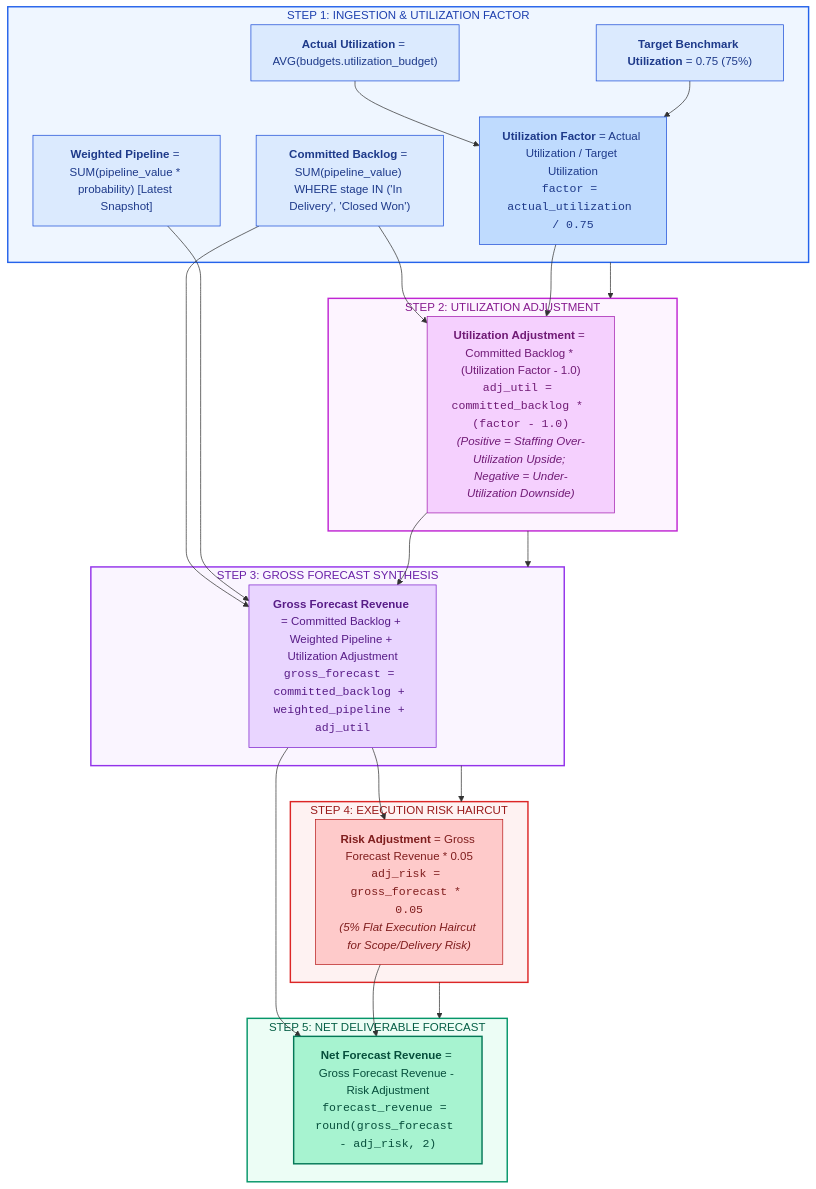
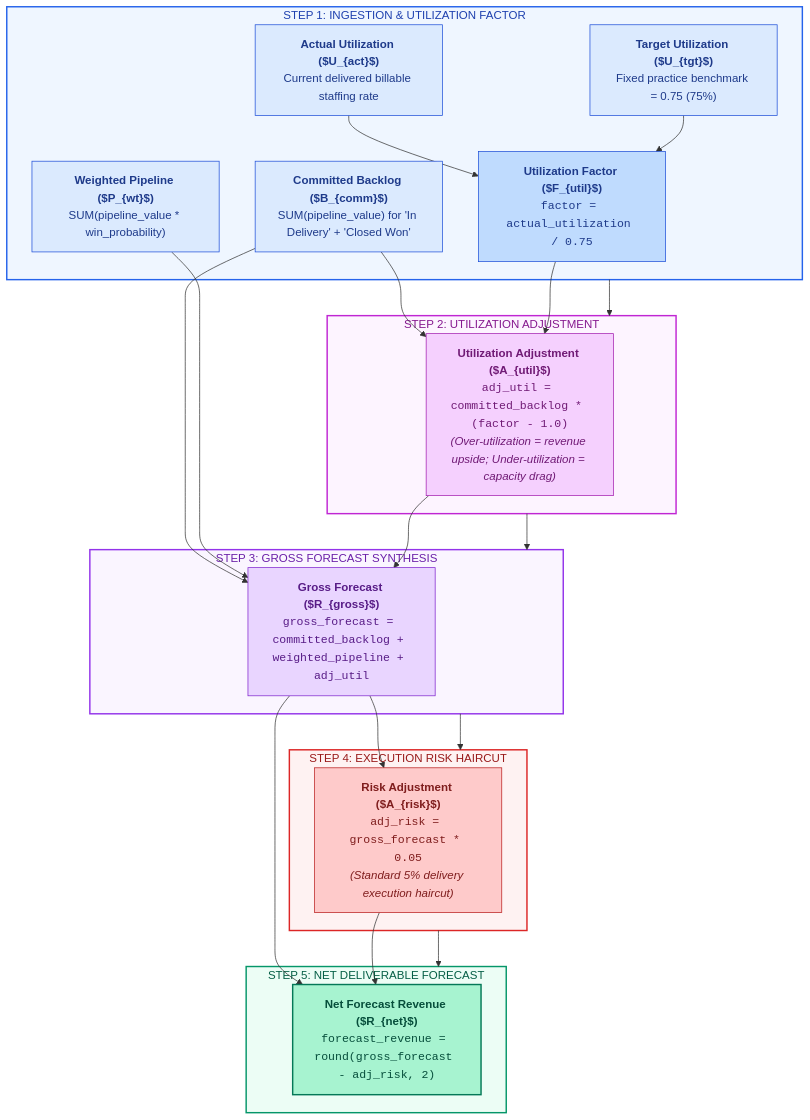
The third of 9 diagrams in README.md (VED-VIVEK-TALMALEY/x-fin), drawn with Mermaid before and after one commit. The commit also changed other lines of this file and 8 other files, not shown here.

````diff
--- a/README.md
+++ b/README.md
@@ -186,51 +188,51 @@
 ```mermaid
 flowchart TD
-    subgraph S1["STEP 1: INGESTION & UTILIZATION FACTOR"]
-        IN_B["<b>Committed Backlog</b> = SUM(pipeline_value) WHERE stage IN ('In Delivery', 'Closed Won')"]
-        IN_P["<b>Weighted Pipeline</b> = SUM(pipeline_value * probability) [Latest Snapshot]"]
-        IN_U["<b>Actual Utilization</b> = AVG(budgets.utilization_budget)"]
-        IN_TU["<b>Target Benchmark Utilization</b> = 0.75 (75%)"]
+    subgraph ST1["STEP 1: INGESTION & UTILIZATION FACTOR"]
+        I_CB["<b>Committed Backlog ($B_{comm}$)</b><br/>SUM(pipeline_value) for 'In Delivery' + 'Closed Won'"]
+        I_WP["<b>Weighted Pipeline ($P_{wt}$)</b><br/>SUM(pipeline_value * win_probability)"]
+        I_UT["<b>Actual Utilization ($U_{act}$)</b><br/>Current delivered billable staffing rate"]
+        I_TU["<b>Target Utilization ($U_{tgt}$)</b><br/>Fixed practice benchmark = 0.75 (75%)"]
 
-        CALC_F["<b>Utilization Factor</b> = Actual Utilization / Target Utilization<br/><code>factor = actual_utilization / 0.75</code>"]
-        IN_U & IN_TU --> CALC_F
+        F_FAC["<b>Utilization Factor ($F_{util}$)</b><br/><code>factor = actual_utilization / 0.75</code>"]
+        I_UT & I_TU --> F_FAC
     end
 
-    subgraph S2["STEP 2: UTILIZATION ADJUSTMENT"]
-        CALC_UA["<b>Utilization Adjustment</b> = Committed Backlog * (Utilization Factor - 1.0)<br/><code>adj_util = committed_backlog * (factor - 1.0)</code><br/><i>(Positive = Staffing Over-Utilization Upside; Negative = Under-Utilization Downside)</i>"]
-        IN_B & CALC_F --> CALC_UA
+    subgraph ST2["STEP 2: UTILIZATION ADJUSTMENT"]
+        F_ADJ["<b>Utilization Adjustment ($A_{util}$)</b><br/><code>adj_util = committed_backlog * (factor - 1.0)</code><br/><i>(Over-utilization = revenue upside; Under-utilization = capacity drag)</i>"]
+        I_CB & F_FAC --> F_ADJ
     end
 
-    subgraph S3["STEP 3: GROSS FORECAST SYNTHESIS"]
-        CALC_GF["<b>Gross Forecast Revenue</b> = Committed Backlog + Weighted Pipeline + Utilization Adjustment<br/><code>gross_forecast = committed_backlog + weighted_pipeline + adj_util</code>"]
-        IN_B & IN_P & CALC_UA --> CALC_GF
+    subgraph ST3["STEP 3: GROSS FORECAST SYNTHESIS"]
+        F_GROSS["<b>Gross Forecast ($R_{gross}$)</b><br/><code>gross_forecast = committed_backlog + weighted_pipeline + adj_util</code>"]
+        I_CB & I_WP & F_ADJ --> F_GROSS
     end
 
-    subgraph S4["STEP 4: EXECUTION RISK HAIRCUT"]
-        CALC_RH["<b>Risk Adjustment</b> = Gross Forecast Revenue * 0.05<br/><code>adj_risk = gross_forecast * 0.05</code><br/><i>(5% Flat Execution Haircut for Scope/Delivery Risk)</i>"]
-        CALC_GF --> CALC_RH
+    subgraph ST4["STEP 4: EXECUTION RISK HAIRCUT"]
+        F_RISK["<b>Risk Adjustment ($A_{risk}$)</b><br/><code>adj_risk = gross_forecast * 0.05</code><br/><i>(Standard 5% delivery execution haircut)</i>"]
+        F_GROSS --> F_RISK
     end
 
-    subgraph S5["STEP 5: NET DELIVERABLE FORECAST"]
-        CALC_NF["<b>Net Forecast Revenue</b> = Gross Forecast Revenue - Risk Adjustment<br/><code>forecast_revenue = round(gross_forecast - adj_risk, 2)</code>"]
-        CALC_GF & CALC_RH --> CALC_NF
+    subgraph ST5["STEP 5: NET DELIVERABLE FORECAST"]
+        F_NET["<b>Net Forecast Revenue ($R_{net}$)</b><br/><code>forecast_revenue = round(gross_forecast - adj_risk, 2)</code>"]
+        F_GROSS & F_RISK --> F_NET
     end
 
-    S1 --> S2 --> S3 --> S4 --> S5
+    ST1 --> ST2 --> ST3 --> ST4 --> ST5
 
-    style S1 fill:#EFF6FF,stroke:#2563EB,stroke-width:2px,color:#1E40AF
-    style S2 fill:#FDF4FF,stroke:#C026D3,stroke-width:2px,color:#86198F
-    style S3 fill:#FAF5FF,stroke:#9333EA,stroke-width:2px,color:#6B21A8
-    style S4 fill:#FEF2F2,stroke:#DC2626,stroke-width:2px,color:#991B1B
-    style S5 fill:#ECFDF5,stroke:#059669,stroke-width:2px,color:#065F46
+    style ST1 fill:#EFF6FF,stroke:#2563EB,stroke-width:2px,color:#1E40AF
+    style ST2 fill:#FDF4FF,stroke:#C026D3,stroke-width:2px,color:#86198F
+    style ST3 fill:#FAF5FF,stroke:#9333EA,stroke-width:2px,color:#6B21A8
+    style ST4 fill:#FEF2F2,stroke:#DC2626,stroke-width:2px,color:#991B1B
+    style ST5 fill:#ECFDF5,stroke:#059669,stroke-width:2px,color:#065F46
 
-    style IN_B fill:#DBEAFE,stroke:#1D4ED8,stroke-width:1px,color:#1E3A8A
-    style IN_P fill:#DBEAFE,stroke:#1D4ED8,stroke-width:1px,color:#1E3A8A
-    style IN_U fill:#DBEAFE,stroke:#1D4ED8,stroke-width:1px,color:#1E3A8A
-    style IN_TU fill:#DBEAFE,stroke:#1D4ED8,stroke-width:1px,color:#1E3A8A
-    style CALC_F fill:#BFDBFE,stroke:#1D4ED8,stroke-width:1px,color:#1E3A8A
+    style I_CB fill:#DBEAFE,stroke:#1D4ED8,stroke-width:1px,color:#1E3A8A
+    style I_WP fill:#DBEAFE,stroke:#1D4ED8,stroke-width:1px,color:#1E3A8A
+    style I_UT fill:#DBEAFE,stroke:#1D4ED8,stroke-width:1px,color:#1E3A8A
+    style I_TU fill:#DBEAFE,stroke:#1D4ED8,stroke-width:1px,color:#1E3A8A
+    style F_FAC fill:#BFDBFE,stroke:#1D4ED8,stroke-width:1px,color:#1E3A8A
 
-    style CALC_UA fill:#F5D0FE,stroke:#A21CAF,stroke-width:1px,color:#701A75
-    style CALC_GF fill:#E9D5FF,stroke:#7E22CE,stroke-width:1px,color:#581C87
-    style CALC_RH fill:#FECACA,stroke:#B91C1C,stroke-width:1px,color:#7F1D1D
-    style CALC_NF fill:#A7F3D0,stroke:#047857,stroke-width:2px,color:#064E3B
+    style F_ADJ fill:#F5D0FE,stroke:#A21CAF,stroke-width:1px,color:#701A75
+    style F_GROSS fill:#E9D5FF,stroke:#7E22CE,stroke-width:1px,color:#581C87
+    style F_RISK fill:#FECACA,stroke:#B91C1C,stroke-width:1px,color:#7F1D1D
+    style F_NET fill:#A7F3D0,stroke:#047857,stroke-width:2px,color:#064E3B
 ```
````
